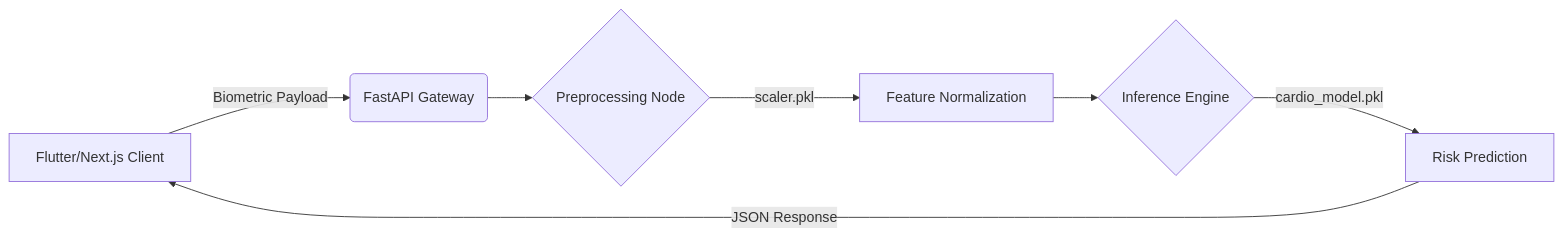
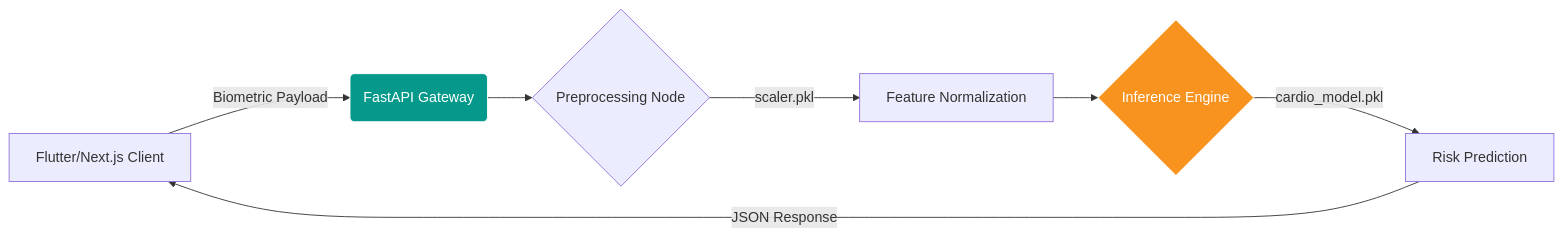
One commit to shakeelscribes/cardiovascluar-backend changed the diagram in Readme.md. Above: the diagram before and after it, drawn with Mermaid. The commit also changed other lines of this file, not shown here.

````diff
--- a/Readme.md
+++ b/Readme.md
@@ -108,9 +105,12 @@
 ```mermaid
 graph LR
     A[Flutter/Next.js Client] -->|Biometric Payload| B(FastAPI Gateway)
     B --> C{Preprocessing Node}
     C -->|scaler.pkl| D[Feature Normalization]
     D --> E{Inference Engine}
     E -->|cardio_model.pkl| F[Risk Prediction]
     F -->|JSON Response| A
+
+    style B fill:#05998b,stroke:#fff,color:#fff
+    style E fill:#F7931E,stroke:#fff,color:#fff
 ```
````
